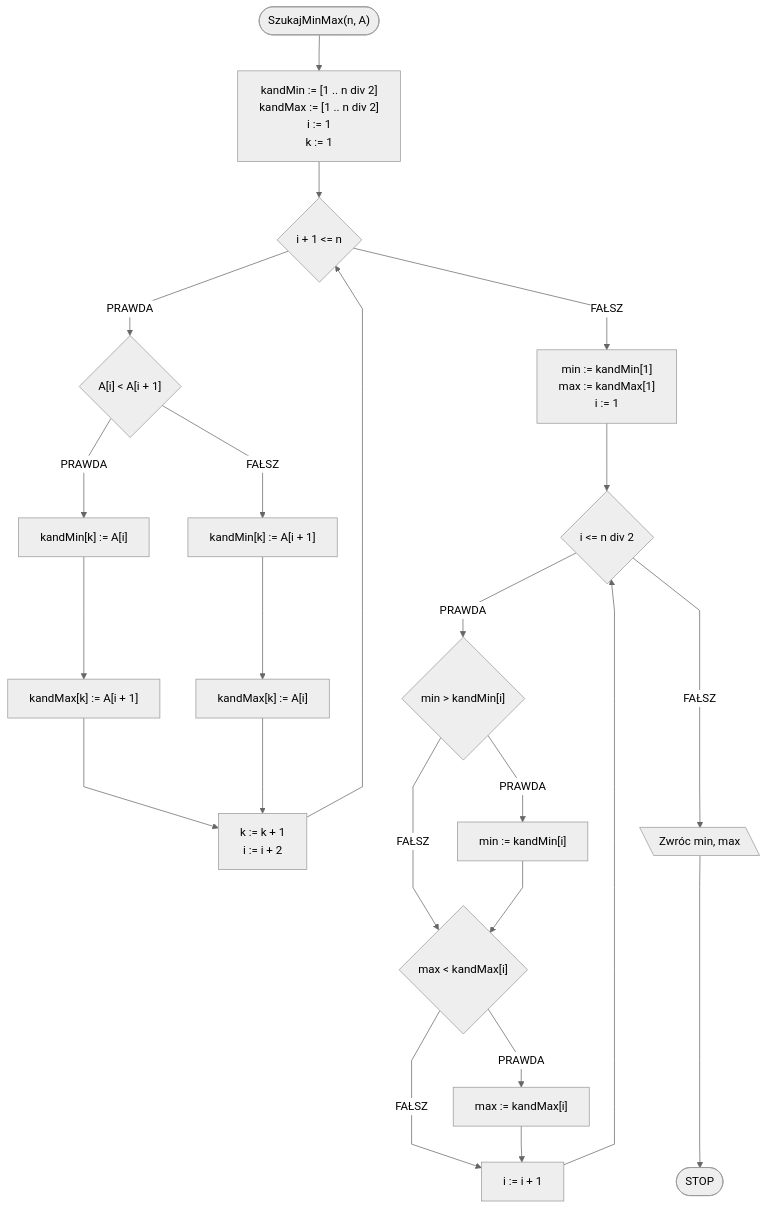
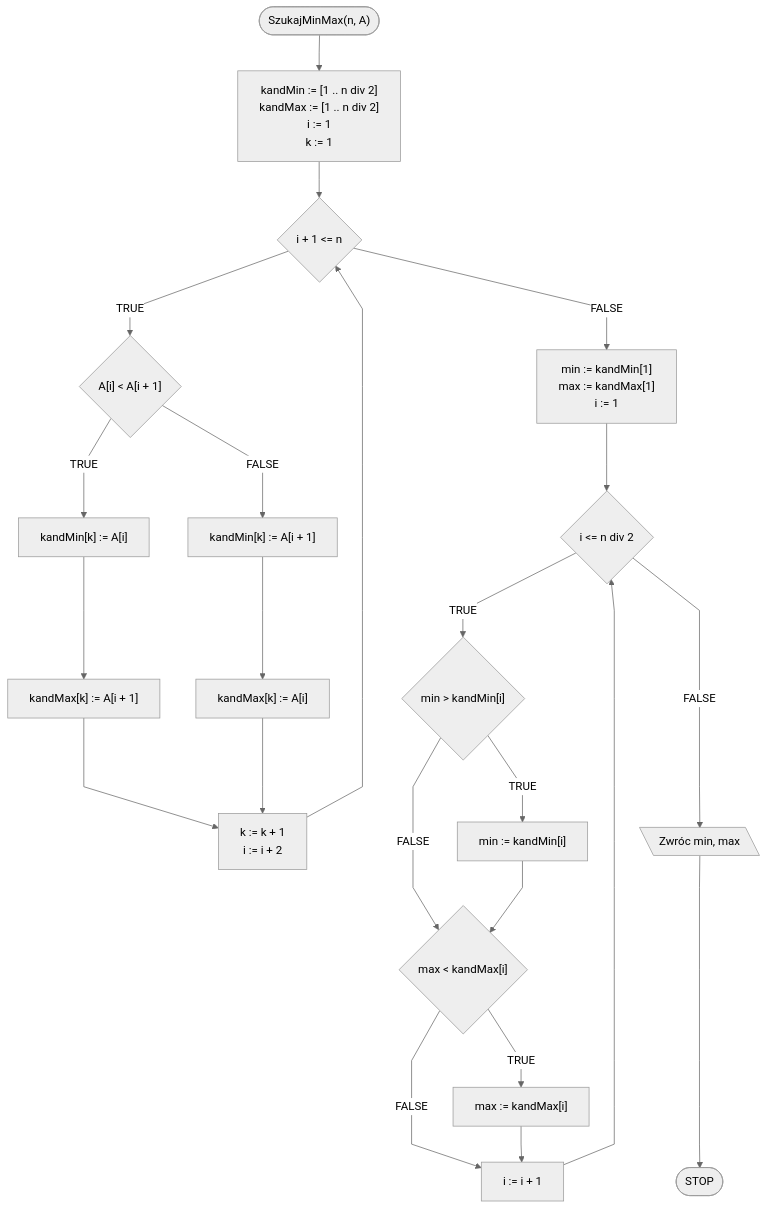
Before and after one commit to blackbat13/edu-cs-htiew-en: the second of 2 diagrams in docs/algorithms/searching/min-max-search.md, drawn with Mermaid. The commit also changed other lines of this file and 682 other files, not shown here.

````diff
--- a/docs/algorithms/searching/min-max-search.md
+++ b/docs/algorithms/searching/min-max-search.md
@@ -115,32 +115,32 @@
 ```mermaid
 %%{init: {"flowchart": {"curve": "linear"}, "theme": "neutral"} }%%
 flowchart TD
 	START(["SzukajMinMax(n, A)"]) --> K1["kandMin := [1 .. n div 2]
 	kandMax := [1 .. n div 2]
 	i := 1
 	k := 1"]
 	K1 --> K5{i + 1 <= n}
-	K5 -- PRAWDA --> K6{"A[i] < A[i + 1]"}
-	K6 -- PRAWDA --> K7["kandMin[k] := A[i]"]
+	K5 -- TRUE --> K6{"A[i] < A[i + 1]"}
+	K6 -- TRUE --> K7["kandMin[k] := A[i]"]
 	K7 --> K8["kandMax[k] := A[i + 1]"]
-	K6 -- FAŁSZ --> K10["kandMin[k] := A[i + 1]"]
+	K6 -- FALSE --> K10["kandMin[k] := A[i + 1]"]
 	K10 --> K11["kandMax[k] := A[i]"]
 	K8 --> K12["k := k + 1
 	i := i + 2"]
 	K11 --> K12
 	K12 --> K5
-	K5 -- FAŁSZ --> K14["min := kandMin[1]
+	K5 -- FALSE --> K14["min := kandMin[1]
 	max := kandMax[1]
 	i := 1"]
 	K14 --> K16{i <= n div 2}
-	K16 -- PRAWDA --> K17{"min > kandMin[i]"}
-	K17 -- PRAWDA --> K18["min := kandMin[i]"]
-	K17 -- FAŁSZ --> K19{"max < kandMax[i]"}
+	K16 -- TRUE --> K17{"min > kandMin[i]"}
+	K17 -- TRUE --> K18["min := kandMin[i]"]
+	K17 -- FALSE --> K19{"max < kandMax[i]"}
 	K18 --> K19
-	K19 -- PRAWDA --> K20["max := kandMax[i]"]
-	K19 -- FAŁSZ --> K16i[i := i + 1]
+	K19 -- TRUE --> K20["max := kandMax[i]"]
+	K19 -- FALSE --> K16i[i := i + 1]
 	K20 --> K16i
 	K16i --> K16
-	K16 -- FAŁSZ ---> K21[\"Zwróc min, max"\]
+	K16 -- FALSE ---> K21[\"Zwróc min, max"\]
 	K21 ----> STOP([STOP])
 ```
````
